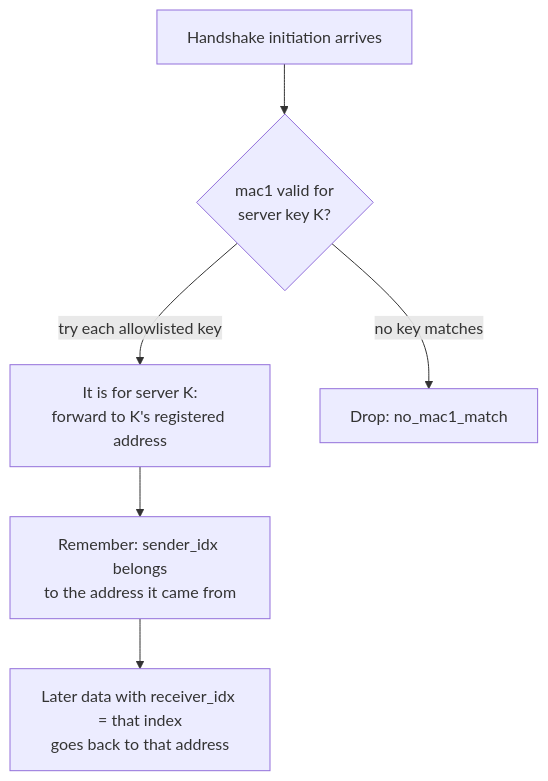
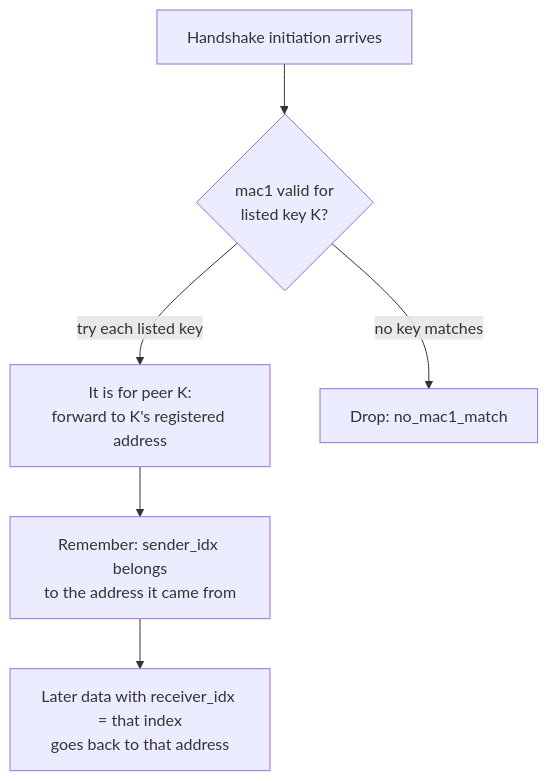
One commit to 3alpha/wg-relay changed the second of 22 diagrams in docs/how-it-works.md. Above: the diagram before and after it, drawn with Mermaid. The commit also changed other lines of this file and 16 other files, not shown here.

````diff
--- a/docs/how-it-works.md
+++ b/docs/how-it-works.md
@@ -62,8 +64,8 @@
 ```mermaid
 flowchart TD
-    A["Handshake initiation arrives"] --> B{"mac1 valid for<br/>server key K?"}
-    B -- "try each allowlisted key" --> C["It is for server K:<br/>forward to K's registered address"]
+    A["Handshake initiation arrives"] --> B{"mac1 valid for<br/>listed key K?"}
+    B -- "try each listed key" --> C["It is for peer K:<br/>forward to K's registered address"]
     B -- "no key matches" --> D["Drop: no_mac1_match"]
     C --> E["Remember: sender_idx belongs<br/>to the address it came from"]
     E --> F["Later data with receiver_idx = that index<br/>goes back to that address"]
 ```
````
